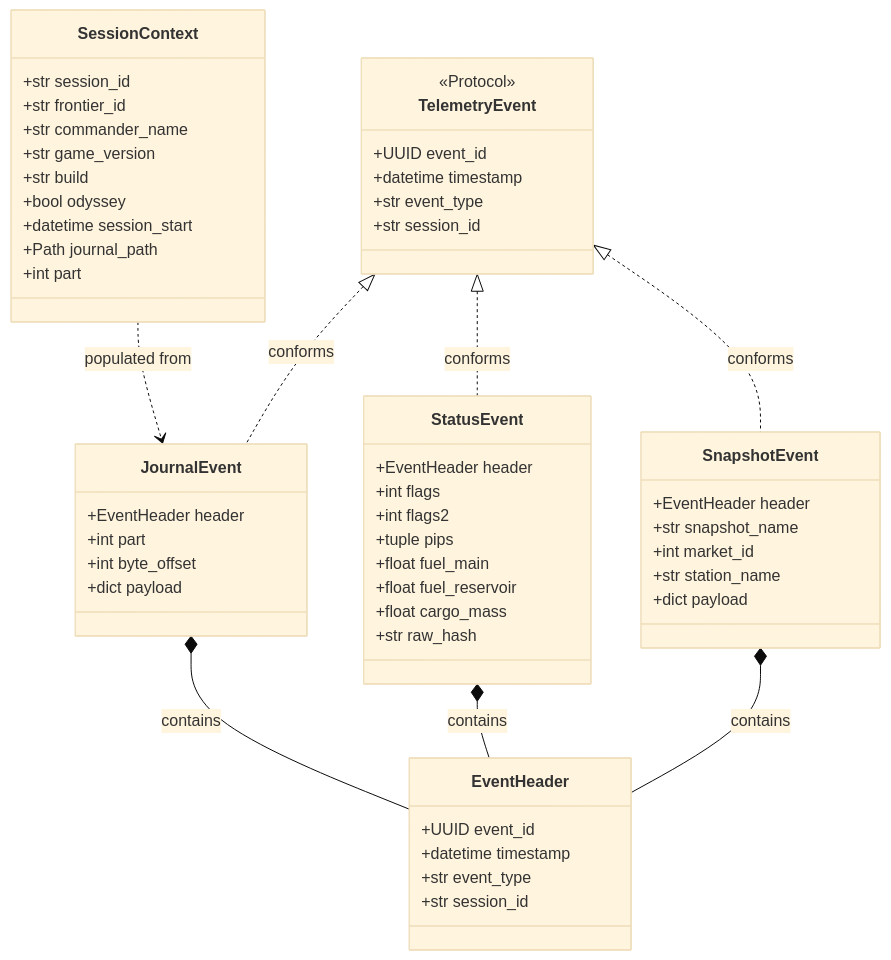
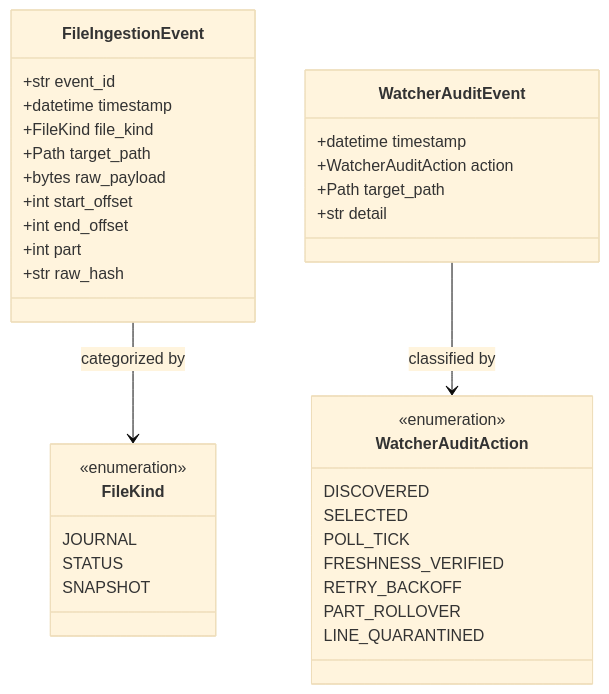
One commit to mnaatjes/ed-telemetry changed the third of 3 diagrams in architecture/notes/pre_adr_file_presence_freshness_detection.md. Above: the diagram before and after it, drawn with Mermaid (base theme). The commit also changed other lines of this file, not shown here.

Commit message:
docs(architecture): consolidate Section 9 into FileIngestionEvent and WatcherAuditEvent

````diff
--- a/architecture/notes/pre_adr_file_presence_freshness_detection.md
+++ b/architecture/notes/pre_adr_file_presence_freshness_detection.md
@@ -315,63 +294,42 @@
 ```mermaid
 classDiagram
-    class TelemetryEvent {
-        <<Protocol>>
-        +UUID event_id
-        +datetime timestamp
-        +str event_type
-        +str session_id
+    class FileKind {
+        <<enumeration>>
+        JOURNAL
+        STATUS
+        SNAPSHOT
     }
 
-    class EventHeader {
-        +UUID event_id
-        +datetime timestamp
-        +str event_type
-        +str session_id
+    class WatcherAuditAction {
+        <<enumeration>>
+        DISCOVERED
+        SELECTED
+        POLL_TICK
+        FRESHNESS_VERIFIED
+        RETRY_BACKOFF
+        PART_ROLLOVER
+        LINE_QUARANTINED
     }
 
-    class SessionContext {
-        +str session_id
-        +str frontier_id
-        +str commander_name
-        +str game_version
-        +str build
-        +bool odyssey
-        +datetime session_start
-        +Path journal_path
+    class FileIngestionEvent {
+        +str event_id
+        +datetime timestamp
+        +FileKind file_kind
+        +Path target_path
+        +bytes raw_payload
+        +int start_offset
+        +int end_offset
         +int part
-    }
-
-    class JournalEvent {
-        +EventHeader header
-        +int part
-        +int byte_offset
-        +dict payload
-    }
-
-    class StatusEvent {
-        +EventHeader header
-        +int flags
-        +int flags2
-        +tuple pips
-        +float fuel_main
-        +float fuel_reservoir
-        +float cargo_mass
         +str raw_hash
     }
 
-    class SnapshotEvent {
-        +EventHeader header
-        +str snapshot_name
-        +int market_id
-        +str station_name
-        +dict payload
+    class WatcherAuditEvent {
+        +datetime timestamp
+        +WatcherAuditAction action
+        +Path target_path
+        +str detail
     }
 
-    TelemetryEvent <|.. JournalEvent : conforms
-    TelemetryEvent <|.. StatusEvent : conforms
-    TelemetryEvent <|.. SnapshotEvent : conforms
-    JournalEvent *-- EventHeader : contains
-    StatusEvent *-- EventHeader : contains
-    SnapshotEvent *-- EventHeader : contains
-    SessionContext ..> JournalEvent : populated from
+    FileIngestionEvent --> FileKind : categorized by
+    WatcherAuditEvent --> WatcherAuditAction : classified by
 ```
````
